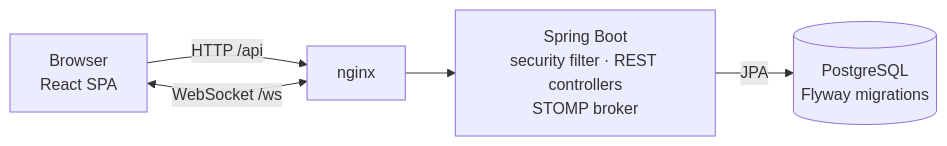
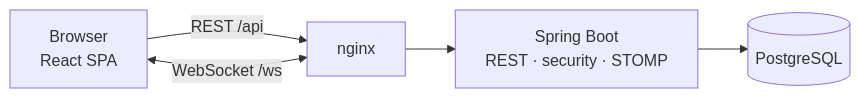
The diagram in README.md (edisban/Rantevu), drawn with Mermaid before and after one commit. The commit also changed other lines of this file, not shown here.

````diff
--- a/README.md
+++ b/README.md
@@ -56,7 +54,7 @@
 ```mermaid
 flowchart LR
-    B["Browser<br/>React SPA"] -->|"HTTP /api"| N["nginx"]
+    B["Browser<br/>React SPA"] -->|"REST /api"| N["nginx"]
     B <-->|"WebSocket /ws"| N
-    N --> S["Spring Boot<br/>security filter · REST controllers<br/>STOMP broker"]
-    S -->|"JPA"| D[("PostgreSQL<br/>Flyway migrations")]
+    N --> S["Spring Boot<br/>REST · security · STOMP"]
+    S --> D[("PostgreSQL")]
 ```
````
